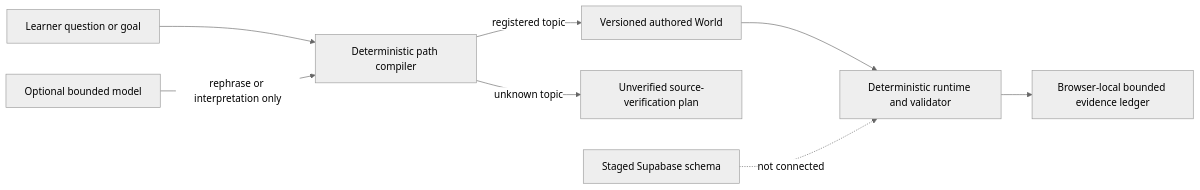
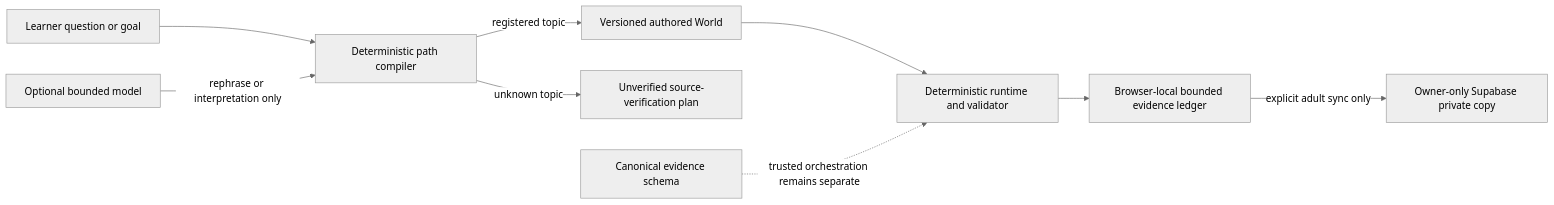
One commit to RanaPriyansh/modelshift changed the diagram in README.md. Above: the diagram before and after it, drawn with Mermaid (neutral theme). The commit also changed other lines of this file and 35 other files, not shown here.

Commit message:
feat: add adult Supabase private evidence

````diff
--- a/README.md
+++ b/README.md
@@ -44,10 +50,11 @@
 ```mermaid
 flowchart LR
     Q["Learner question or goal"] --> P["Deterministic path compiler"]
     P -->|"registered topic"| W["Versioned authored World"]
     P -->|"unknown topic"| X["Unverified source-verification plan"]
     W --> R["Deterministic runtime and validator"]
     R --> E["Browser-local bounded evidence ledger"]
+    E -->|"explicit adult sync only"| S["Owner-only Supabase private copy"]
     M["Optional bounded model"] -->|"rephrase or interpretation only"| P
-    DB["Staged Supabase schema"] -.->|"not connected"| R
+    DB["Canonical evidence schema"] -.->|"trusted orchestration remains separate"| R
 ```
````
